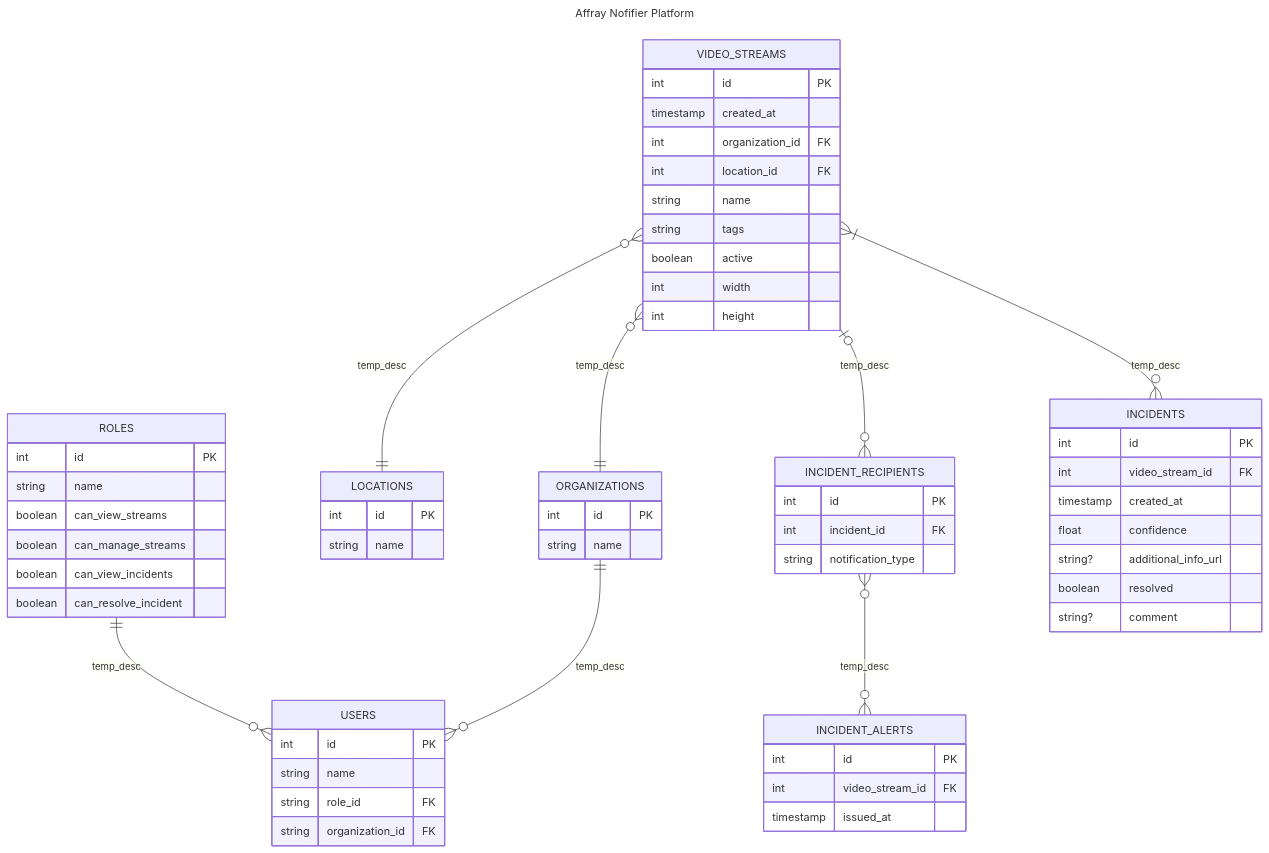
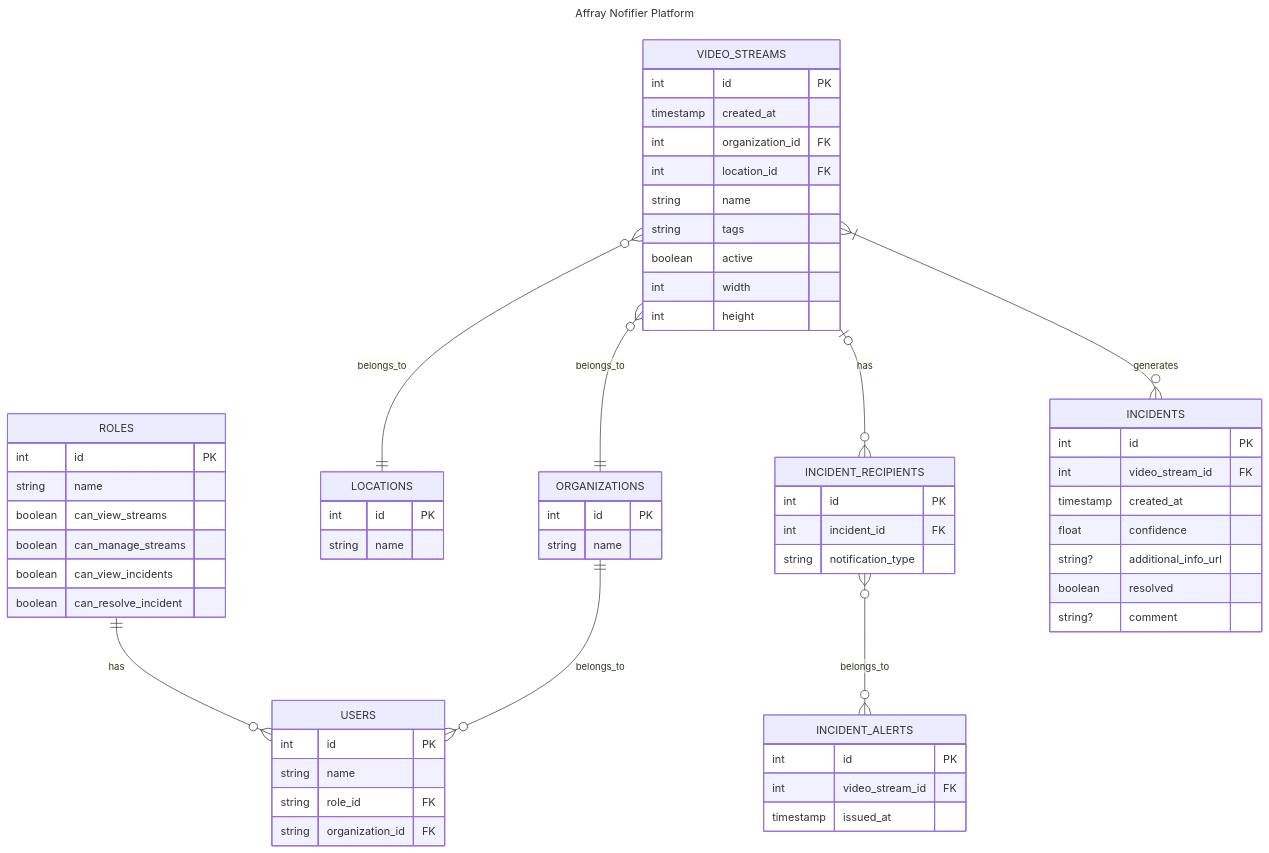
The diagram in lab-1/data_model.mmd (yeghor/FICE-KPI-Labs), drawn with Mermaid before and after one commit.

Commit message:
fix(lab-1): connection labels

```diff
--- a/lab-1/data_model.mmd
+++ b/lab-1/data_model.mmd
@@ -1,79 +1,79 @@
 ---
 title: Affray Nofifier Platform
 ---
 erDiagram
     VIDEO_STREAMS {
         int id PK
         timestamp created_at
         int organization_id FK
         int location_id FK
         
         string name
         string tags
         boolean active
 
         %% are used to compute ration, resolution
         int width
         int height
 
     }
 
     ORGANIZATIONS {
         int id PK
         string name
     }
 
     LOCATIONS {
         int id PK
         string name
     }
 
     USERS {
         int id PK
         string name
         string role_id FK
         string organization_id FK
     }
 
     ROLES {
         int id PK
         string name
 
         boolean can_view_streams  
         boolean can_manage_streams
         boolean can_view_incidents
         boolean can_resolve_incident
     }
 
     INCIDENT_RECIPIENTS {
         int id PK
         int incident_id FK
         string notification_type
     }
 
     INCIDENT_ALERTS {
         int id PK
         int video_stream_id FK
         timestamp issued_at
     }
 
     INCIDENTS {
         int id PK
         int video_stream_id FK
         timestamp created_at
         float confidence
 
         string? additional_info_url
         boolean resolved
         string? comment
     }
 
-    ROLES ||--o{ USERS : temp_desc
-    ORGANIZATIONS ||--o{ USERS : temp_desc
+    ROLES ||--o{ USERS : has
+    ORGANIZATIONS ||--o{ USERS : belongs_to
 
-    VIDEO_STREAMS }o--|| LOCATIONS : temp_desc
-    VIDEO_STREAMS }o--|| ORGANIZATIONS : temp_desc
-    VIDEO_STREAMS }|--o{ INCIDENTS : temp_desc
-    VIDEO_STREAMS |o--o{ INCIDENT_RECIPIENTS : temp_desc
+    VIDEO_STREAMS }o--|| LOCATIONS : belongs_to
+    VIDEO_STREAMS }o--|| ORGANIZATIONS : belongs_to
+    VIDEO_STREAMS }|--o{ INCIDENTS : generates
+    VIDEO_STREAMS |o--o{ INCIDENT_RECIPIENTS : has
     
-    INCIDENT_RECIPIENTS }o--o{ INCIDENT_ALERTS : temp_desc
+    INCIDENT_RECIPIENTS }o--o{ INCIDENT_ALERTS : belongs_to
```
